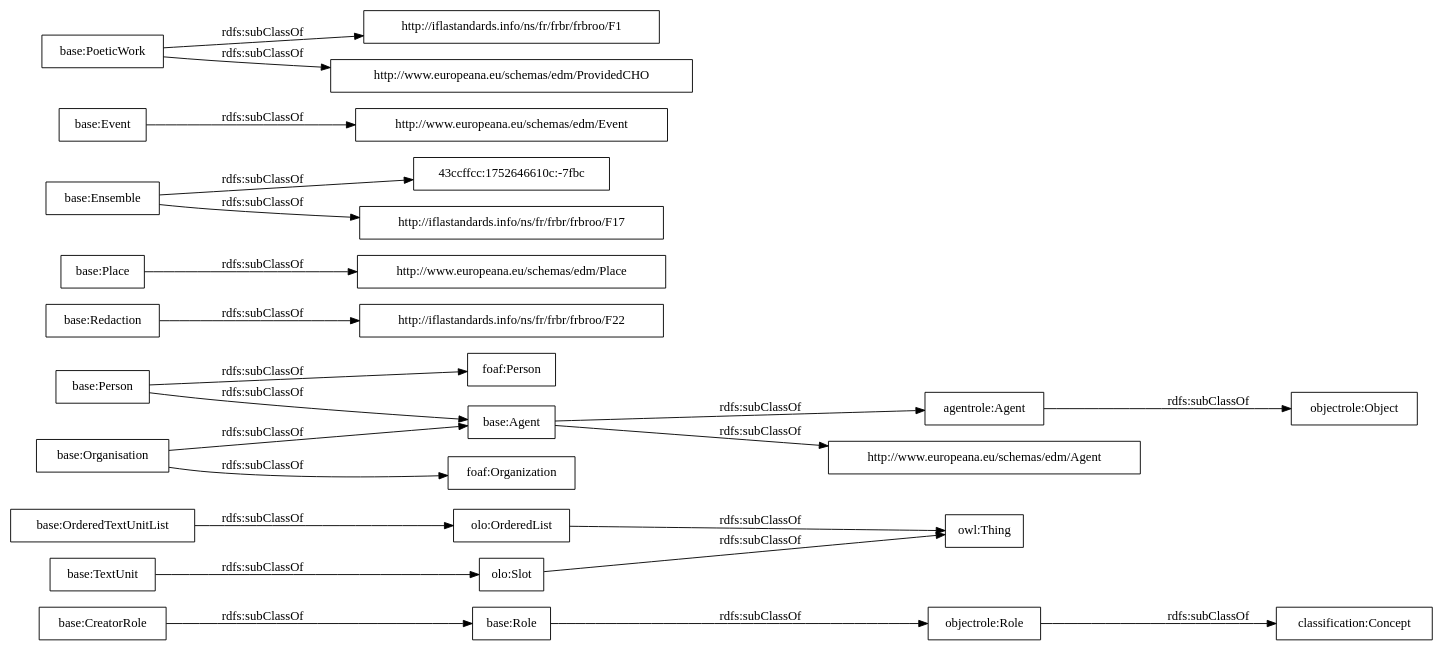
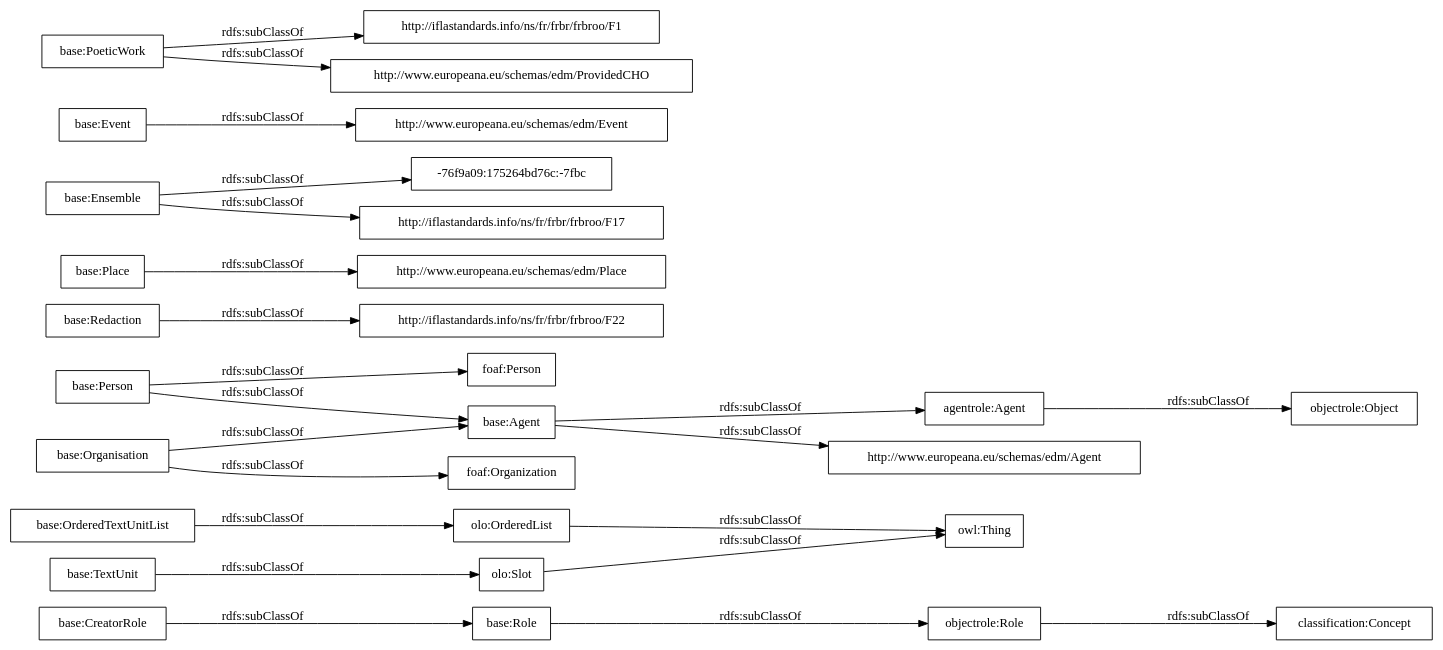
The diagram in OnToology/postdata-core.owl/diagrams/ar2dtool-taxonomy/postdata-core.owl.png.dot (OnToologyUser/core-ontology-1), drawn with Graphviz before and after one commit. The commit also changed 14 other files, not shown here.

```diff
--- a/OnToology/postdata-core.owl/diagrams/ar2dtool-taxonomy/postdata-core.owl.png.dot
+++ b/OnToology/postdata-core.owl/diagrams/ar2dtool-taxonomy/postdata-core.owl.png.dot
@@ -1,27 +1,27 @@
 digraph ar2dtool_diagram { 
 rankdir=LR;
 size="1000"
-node [shape = rectangle, color="black"]; "base:Role" "base:OrderedTextUnitList" "agentrole:Agent" "http://iflastandards.info/ns/fr/frbr/frbroo/F22" "http://www.europeana.eu/schemas/edm/Agent" "base:Agent" "base:CreatorRole" "base:Person" "base:Organisation" "http://www.europeana.eu/schemas/edm/Place" "base:Redaction" "base:Ensemble" "foaf:Person" "http://www.europeana.eu/schemas/edm/Event" "base:TextUnit" "http://iflastandards.info/ns/fr/frbr/frbroo/F1" "foaf:Organization" "http://www.europeana.eu/schemas/edm/ProvidedCHO" "base:Place" "base:Event" "43ccffcc:1752646610c:-7fbc" "base:PoeticWork" "http://iflastandards.info/ns/fr/frbr/frbroo/F17" "owl:Thing" "objectrole:Role" "objectrole:Object" "olo:Slot" "olo:OrderedList" "classification:Concept" ; /*classes style*/
+node [shape = rectangle, color="black"]; "base:Role" "base:OrderedTextUnitList" "agentrole:Agent" "http://iflastandards.info/ns/fr/frbr/frbroo/F22" "http://www.europeana.eu/schemas/edm/Agent" "base:Agent" "base:CreatorRole" "base:Person" "base:Organisation" "http://www.europeana.eu/schemas/edm/Place" "base:Redaction" "foaf:Person" "base:Ensemble" "http://www.europeana.eu/schemas/edm/Event" "-76f9a09:175264bd76c:-7fbc" "base:TextUnit" "http://iflastandards.info/ns/fr/frbr/frbroo/F1" "foaf:Organization" "http://www.europeana.eu/schemas/edm/ProvidedCHO" "base:Place" "base:Event" "base:PoeticWork" "http://iflastandards.info/ns/fr/frbr/frbroo/F17" "owl:Thing" "objectrole:Role" "objectrole:Object" "olo:Slot" "olo:OrderedList" "classification:Concept" ; /*classes style*/
 	"base:Redaction" -> "http://iflastandards.info/ns/fr/frbr/frbroo/F22" [ label = "rdfs:subClassOf" ];
 	"base:Role" -> "objectrole:Role" [ label = "rdfs:subClassOf" ];
 	"base:Event" -> "http://www.europeana.eu/schemas/edm/Event" [ label = "rdfs:subClassOf" ];
 	"base:Person" -> "foaf:Person" [ label = "rdfs:subClassOf" ];
 	"base:Person" -> "base:Agent" [ label = "rdfs:subClassOf" ];
 	"olo:OrderedList" -> "owl:Thing" [ label = "rdfs:subClassOf" ];
 	"olo:Slot" -> "owl:Thing" [ label = "rdfs:subClassOf" ];
 	"base:PoeticWork" -> "http://www.europeana.eu/schemas/edm/ProvidedCHO" [ label = "rdfs:subClassOf" ];
 	"base:PoeticWork" -> "http://iflastandards.info/ns/fr/frbr/frbroo/F1" [ label = "rdfs:subClassOf" ];
 	"base:TextUnit" -> "olo:Slot" [ label = "rdfs:subClassOf" ];
 	"agentrole:Agent" -> "objectrole:Object" [ label = "rdfs:subClassOf" ];
-	"base:Ensemble" -> "43ccffcc:1752646610c:-7fbc" [ label = "rdfs:subClassOf" ];
+	"base:Ensemble" -> "-76f9a09:175264bd76c:-7fbc" [ label = "rdfs:subClassOf" ];
 	"base:Ensemble" -> "http://iflastandards.info/ns/fr/frbr/frbroo/F17" [ label = "rdfs:subClassOf" ];
 	"base:OrderedTextUnitList" -> "olo:OrderedList" [ label = "rdfs:subClassOf" ];
 	"base:Agent" -> "agentrole:Agent" [ label = "rdfs:subClassOf" ];
 	"base:Agent" -> "http://www.europeana.eu/schemas/edm/Agent" [ label = "rdfs:subClassOf" ];
 	"objectrole:Role" -> "classification:Concept" [ label = "rdfs:subClassOf" ];
 	"base:Place" -> "http://www.europeana.eu/schemas/edm/Place" [ label = "rdfs:subClassOf" ];
 	"base:Organisation" -> "foaf:Organization" [ label = "rdfs:subClassOf" ];
 	"base:Organisation" -> "base:Agent" [ label = "rdfs:subClassOf" ];
 	"base:CreatorRole" -> "base:Role" [ label = "rdfs:subClassOf" ];
 
 }
```
